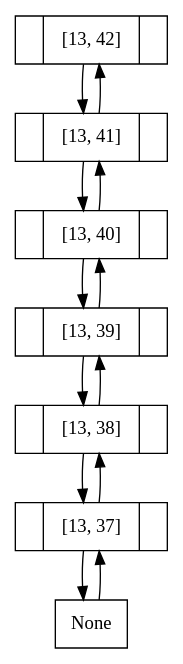
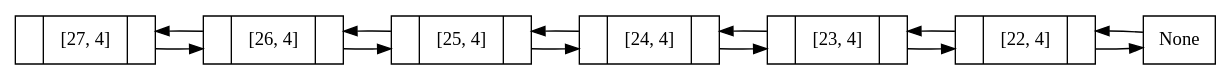
One commit to jmansilla-2014056/EDD_P1_Snake-Game changed the diagram in Game/snake.gv. Above: the diagram before and after it, drawn with Graphviz. The commit also changed 71 other files, not shown here.

```diff
--- a/Game/snake.gv
+++ b/Game/snake.gv
@@ -1,21 +1,22 @@
 digraph structs {
 	node [shape=record]
-	<Game.Doublylinkedlist.Node object at 0x039585B0> [label=" |[13, 42]|"]
-	<Game.Doublylinkedlist.Node object at 0x03958350> [label=" |[13, 41]|"]
-	<Game.Doublylinkedlist.Node object at 0x03958430> [label=" |[13, 40]|"]
-	<Game.Doublylinkedlist.Node object at 0x03958410> [label=" |[13, 39]|"]
-	<Game.Doublylinkedlist.Node object at 0x037F6710> [label=" |[13, 38]|"]
-	<Game.Doublylinkedlist.Node object at 0x039325D0> [label=" |[13, 37]|"]
-	<Game.Doublylinkedlist.Node object at 0x039585B0> -> <Game.Doublylinkedlist.Node object at 0x03958350>
-	<Game.Doublylinkedlist.Node object at 0x03958350> -> <Game.Doublylinkedlist.Node object at 0x03958430>
-	<Game.Doublylinkedlist.Node object at 0x03958430> -> <Game.Doublylinkedlist.Node object at 0x03958410>
-	<Game.Doublylinkedlist.Node object at 0x03958410> -> <Game.Doublylinkedlist.Node object at 0x037F6710>
-	<Game.Doublylinkedlist.Node object at 0x037F6710> -> <Game.Doublylinkedlist.Node object at 0x039325D0>
-	<Game.Doublylinkedlist.Node object at 0x039325D0> -> None
-	<Game.Doublylinkedlist.Node object at 0x03958350> -> <Game.Doublylinkedlist.Node object at 0x039585B0>
-	<Game.Doublylinkedlist.Node object at 0x03958430> -> <Game.Doublylinkedlist.Node object at 0x03958350>
-	<Game.Doublylinkedlist.Node object at 0x03958410> -> <Game.Doublylinkedlist.Node object at 0x03958430>
-	<Game.Doublylinkedlist.Node object at 0x037F6710> -> <Game.Doublylinkedlist.Node object at 0x03958410>
-	<Game.Doublylinkedlist.Node object at 0x039325D0> -> <Game.Doublylinkedlist.Node object at 0x037F6710>
-	None -> <Game.Doublylinkedlist.Node object at 0x039325D0>
+	rankdir=LR
+	<Game.Doublylinkedlist.Node object at 0x031719D0> [label="{ |[27, 4]|}"]
+	<Game.Doublylinkedlist.Node object at 0x03171830> [label="{ |[26, 4]|}"]
+	<Game.Doublylinkedlist.Node object at 0x03171850> [label="{ |[25, 4]|}"]
+	<Game.Doublylinkedlist.Node object at 0x03171950> [label="{ |[24, 4]|}"]
+	<Game.Doublylinkedlist.Node object at 0x03171990> [label="{ |[23, 4]|}"]
+	<Game.Doublylinkedlist.Node object at 0x031719B0> [label="{ |[22, 4]|}"]
+	<Game.Doublylinkedlist.Node object at 0x031719D0> -> <Game.Doublylinkedlist.Node object at 0x03171830>
+	<Game.Doublylinkedlist.Node object at 0x03171830> -> <Game.Doublylinkedlist.Node object at 0x03171850>
+	<Game.Doublylinkedlist.Node object at 0x03171850> -> <Game.Doublylinkedlist.Node object at 0x03171950>
+	<Game.Doublylinkedlist.Node object at 0x03171950> -> <Game.Doublylinkedlist.Node object at 0x03171990>
+	<Game.Doublylinkedlist.Node object at 0x03171990> -> <Game.Doublylinkedlist.Node object at 0x031719B0>
+	<Game.Doublylinkedlist.Node object at 0x031719B0> -> None
+	<Game.Doublylinkedlist.Node object at 0x03171830> -> <Game.Doublylinkedlist.Node object at 0x031719D0>
+	<Game.Doublylinkedlist.Node object at 0x03171850> -> <Game.Doublylinkedlist.Node object at 0x03171830>
+	<Game.Doublylinkedlist.Node object at 0x03171950> -> <Game.Doublylinkedlist.Node object at 0x03171850>
+	<Game.Doublylinkedlist.Node object at 0x03171990> -> <Game.Doublylinkedlist.Node object at 0x03171950>
+	<Game.Doublylinkedlist.Node object at 0x031719B0> -> <Game.Doublylinkedlist.Node object at 0x03171990>
+	None -> <Game.Doublylinkedlist.Node object at 0x031719B0>
 }
```
